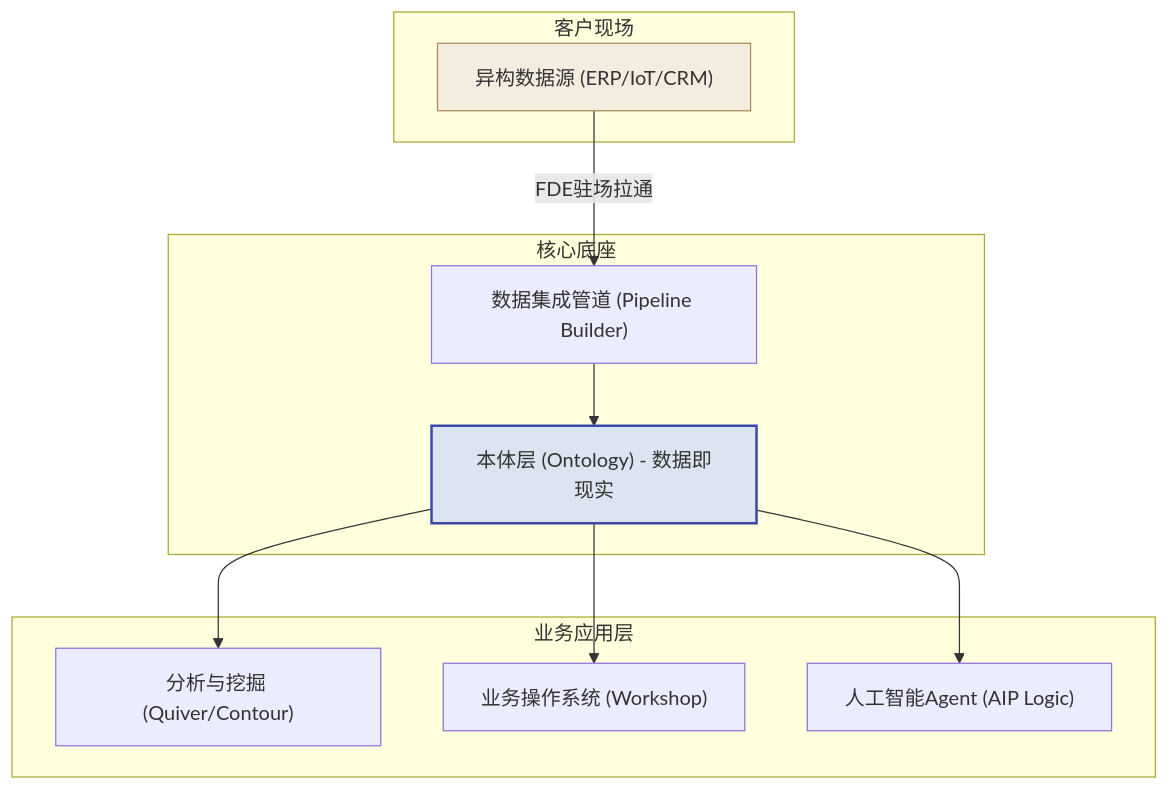
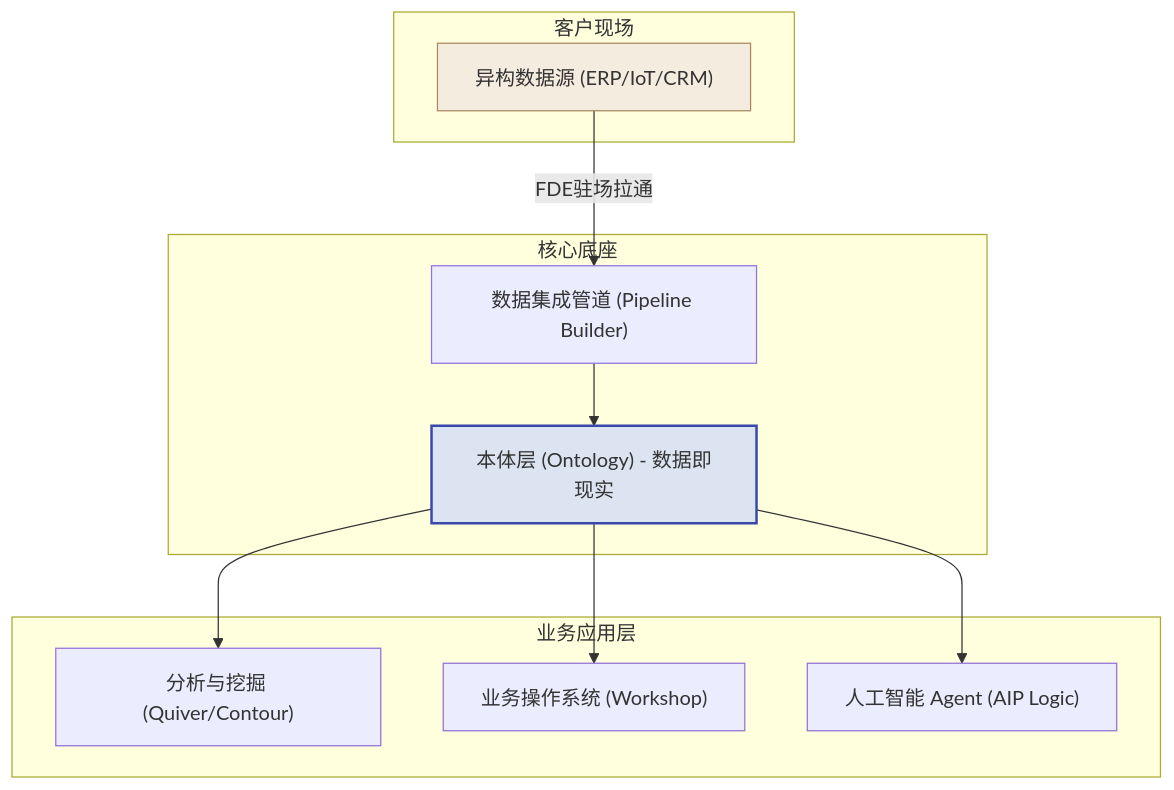
The first of 2 diagrams in textbook/第03章_Palantir的平台与FDE体系.md (cloudzun/fde-course), drawn with Mermaid before and after one commit. The commit also changed other lines of this file and 25 other files, not shown here.

````diff
--- a/textbook/第03章_Palantir的平台与FDE体系.md
+++ b/textbook/第03章_Palantir的平台与FDE体系.md
@@ -34,26 +34,26 @@
 ```mermaid
 graph TD
     subgraph site["客户现场"]
         src["异构数据源 (ERP/IoT/CRM)"]
     end
     
     subgraph core["核心底座"]
         pipe["数据集成管道 (Pipeline Builder)"]
         onto["本体层 (Ontology) - 数据即现实"]
     end
     
     subgraph app["业务应用层"]
         ana["分析与挖掘 (Quiver/Contour)"]
         work["业务操作系统 (Workshop)"]
-        aip["人工智能Agent (AIP Logic)"]
+        aip["人工智能 Agent (AIP Logic)"]
     end
     
     src --"FDE驻场拉通"--> pipe
     pipe --> onto
     onto --> ana
     onto --> work
     onto --> aip
 
     style src fill:#f5ece0,stroke:#a8895f
     style onto fill:#dbe4f0,stroke:#3949ab,stroke-width:2px
 ```
````
